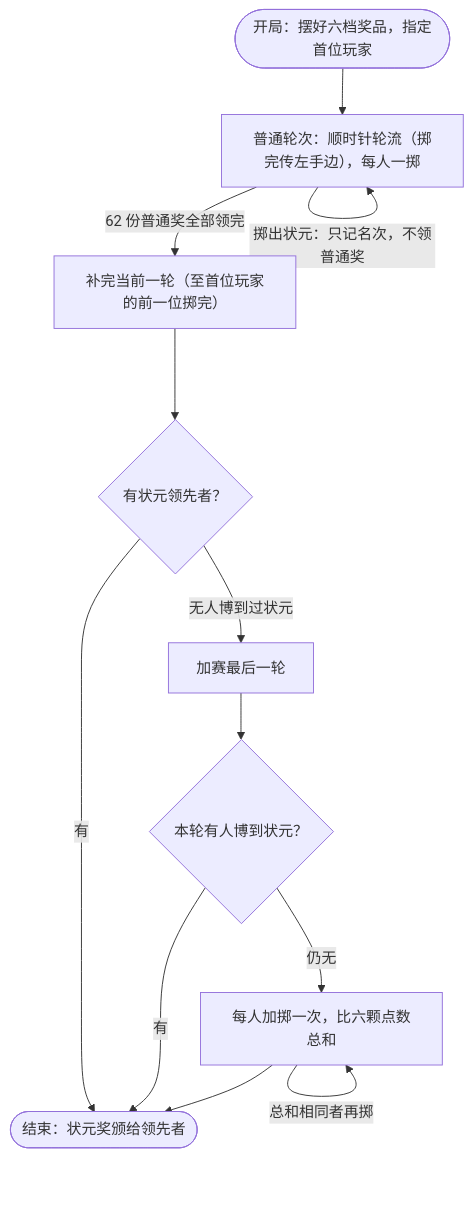
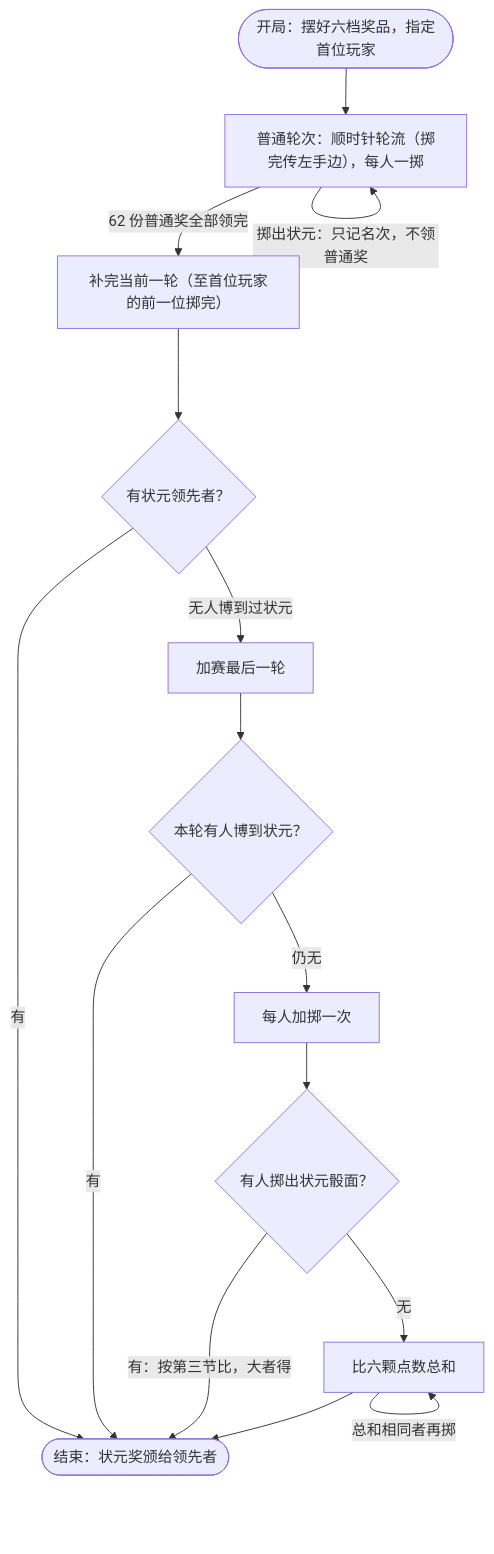
The diagram in README.md (luochang212/bobing-game), drawn with Mermaid before and after one commit. The commit also changed other lines of this file, not shown here.

Commit message:
流程图同步比总和阶段的状元判定修订
- 加掷阶段拆出“有人掷出状元骰面？”判定：有则按第三节比，
  无则比六颗点数总和，与脚本 proposed 模式逐节点对应
- 移除已过时的“未定义角落”提示（该角落已修复）

````diff
--- a/README.md
+++ b/README.md
@@ -31,20 +31,23 @@
 ```mermaid
 flowchart TD
     start(["开局：摆好六档奖品，指定首位玩家"]) --> normal
 
     normal["普通轮次：顺时针轮流（掷完传左手边），每人一掷"]
     normal -->|"掷出普通奖且该档有货：领 1 份"| normal
     normal -->|"掷出普通奖但该档已空：空过，不改领其他奖"| normal
     normal -->|"未列出的组合：不中奖"| normal
     normal -->|"掷出状元：只记名次，不领普通奖"| normal
 
     normal -->|"62 份普通奖全部领完"| finish["补完当前一轮（至首位玩家的前一位掷完）"]
     finish --> check{"有状元领先者？"}
     check -->|"有"| over(["结束：状元奖颁给领先者"])
     check -->|"无人博到过状元"| extra["加赛最后一轮"]
     extra --> check2{"本轮有人博到状元？"}
     check2 -->|"有"| over
-    check2 -->|"仍无"| sum["每人加掷一次，比六颗点数总和"]
+    check2 -->|"仍无"| roll["每人加掷一次"]
+    roll --> check3{"有人掷出状元骰面？"}
+    check3 -->|"有：按第三节比，大者得"| over
+    check3 -->|"无"| sum["比六颗点数总和"]
     sum -->|"总和相同者再掷"| sum
     sum --> over
 ```
````
